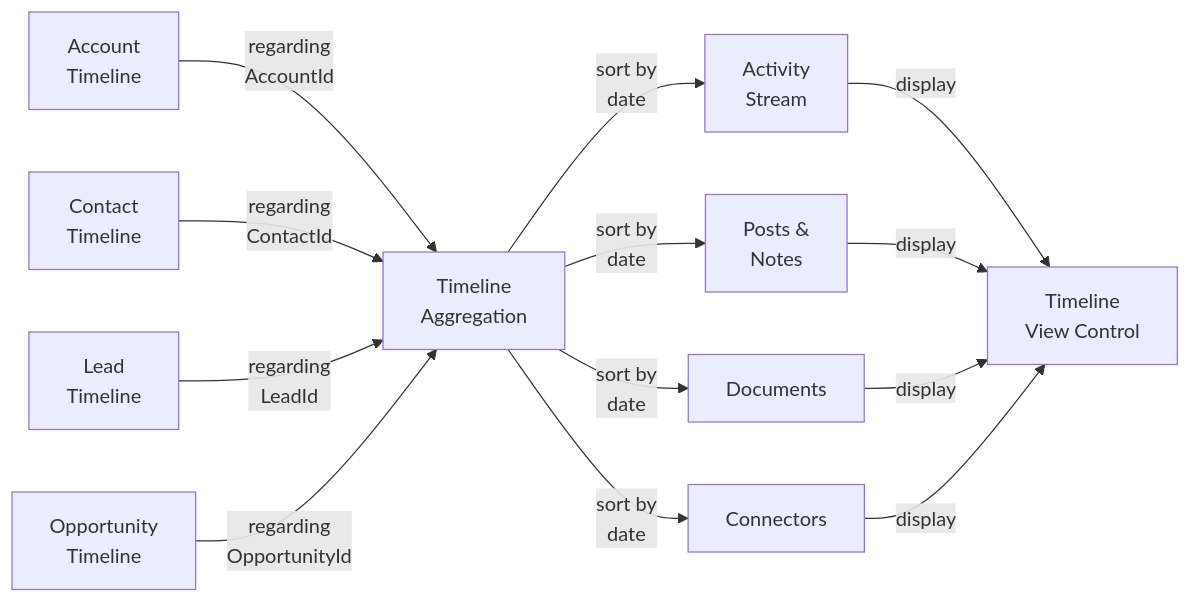
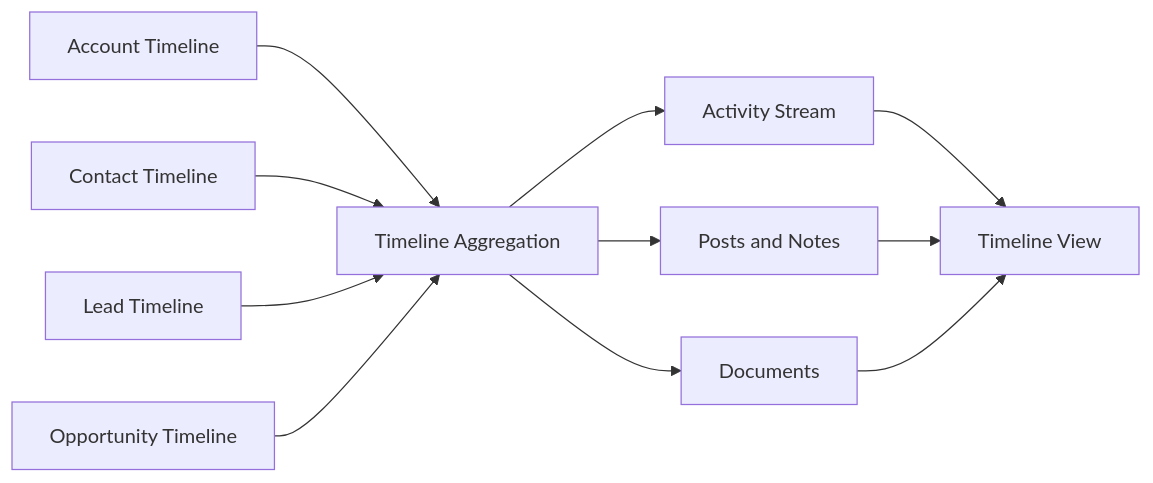
Diagram 13 of 15 in D365_Mermaid_Diagrams.md (JohnDevaSahayam/Dynamic-365-Database-Documentation), drawn with Mermaid before and after one commit. The commit also changed other lines of this file, not shown here.

Commit message:
mermaid diagram docment changes

````diff
--- a/D365_Mermaid_Diagrams.md
+++ b/D365_Mermaid_Diagrams.md
@@ -1569,39 +1250,30 @@
 ```mermaid
 flowchart LR
-    %% ==================== TIMELINE ARCHITECTION ====================
+    ACCOUNT_TL["Account Timeline"]
+    CONTACT_TL["Contact Timeline"]
+    LEAD_TL["Lead Timeline"]
+    OPPORTUNITY_TL["Opportunity Timeline"]
+    TIMELINE_AGG["Timeline Aggregation"]
+    ACTIVITY_STREAM["Activity Stream"]
+    POSTS["Posts and Notes"]
+    DOCUMENTS["Documents"]
+    TIMELINE_VIEW["Timeline View"]
     
-    ACCOUNT_TL["Account<br/>Timeline"]
-    CONTACT_TL["Contact<br/>Timeline"]
-    LEAD_TL["Lead<br/>Timeline"]
-    OPPORTUNITY_TL["Opportunity<br/>Timeline"]
+    ACCOUNT_TL --> TIMELINE_AGG
+    CONTACT_TL --> TIMELINE_AGG
+    LEAD_TL --> TIMELINE_AGG
+    OPPORTUNITY_TL --> TIMELINE_AGG
     
-    TIMELINE_AGG["Timeline<br/>Aggregation"]
+    TIMELINE_AGG --> ACTIVITY_STREAM
+    TIMELINE_AGG --> POSTS
+    TIMELINE_AGG --> DOCUMENTS
     
-    ACTIVITY_STREAM["Activity<br/>Stream"]
-    POSTS["Posts &<br/>Notes"]
-    DOCUMENTS["Documents"]
-    CONNECTORS["Connectors"]
-    
-    TIMELINE_VIEW["Timeline<br/>View Control"]
-    
-    %% Relationships
-    ACCOUNT_TL -->|"regarding<br/>AccountId"| TIMELINE_AGG
-    CONTACT_TL -->|"regarding<br/>ContactId"| TIMELINE_AGG
-    LEAD_TL -->|"regarding<br/>LeadId"| TIMELINE_AGG
-    OPPORTUNITY_TL -->|"regarding<br/>OpportunityId"| TIMELINE_AGG
-    
-    TIMELINE_AGG -->|"sort by<br/>date"| ACTIVITY_STREAM
-    TIMELINE_AGG -->|"sort by<br/>date"| POSTS
-    TIMELINE_AGG -->|"sort by<br/>date"| DOCUMENTS
-    TIMELINE_AGG -->|"sort by<br/>date"| CONNECTORS
-    
-    ACTIVITY_STREAM -->|"display"| TIMELINE_VIEW
-    POSTS -->|"display"| TIMELINE_VIEW
-    DOCUMENTS -->|"display"| TIMELINE_VIEW
-    CONNECTORS -->|"display"| TIMELINE_VIEW
+    ACTIVITY_STREAM --> TIMELINE_VIEW
+    POSTS --> TIMELINE_VIEW
+    DOCUMENTS --> TIMELINE_VIEW
     
     class ACCOUNT_TL,CONTACT_TL,LEAD_TL,OPPORTUNITY_TL fill:#bbdefb,stroke:#1565c0
     class TIMELINE_AGG fill:#fff9c4,stroke:#f9a825
-    class ACTIVITY_STREAM,POSTS,DOCUMENTS,CONNECTORS fill:#c8e6c9,stroke:#2e7d32
+    class ACTIVITY_STREAM,POSTS,DOCUMENTS fill:#c8e6c9,stroke:#2e7d32
     class TIMELINE_VIEW fill:#f8bbd0,stroke:#c2185b
 ```
````
